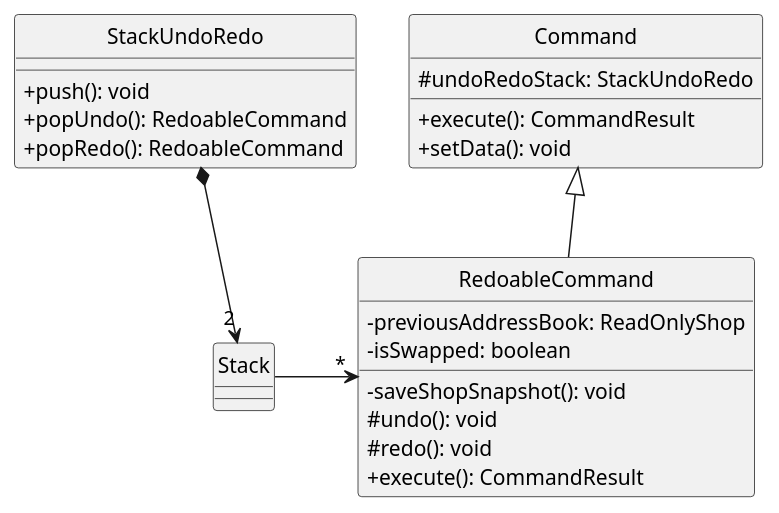
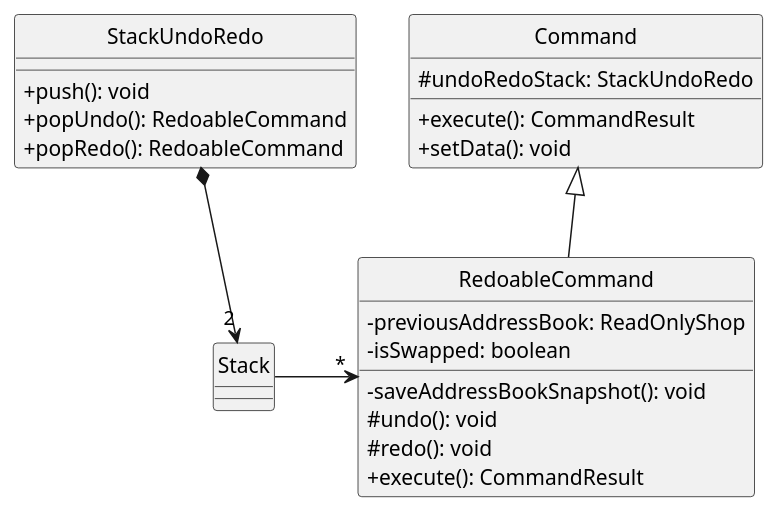
Before and after one commit to nus-cs2103-AY2223S2/tp: the diagram in docs/diagrams/UndoRedo0.puml, drawn with PlantUML.

Commit message:
Update to ReadOnlyShop

```diff
--- a/docs/diagrams/UndoRedo0.puml
+++ b/docs/diagrams/UndoRedo0.puml
@@ -1,38 +1,38 @@
 @startuml
 hide circle
 skinparam classAttributeIconSize 0
 
 Command <|-- RedoableCommand
 StackUndoRedo *--> "2" Stack
 RedoableCommand "*" <-left-  Stack
 class Command {
   # undoRedoStack: StackUndoRedo
   + execute(): CommandResult
   + setData(): void
 }
 
 
 
 class RedoableCommand
  {
    - previousAddressBook: ReadOnlyShop
    - isSwapped: boolean
-   - saveShopSnapshot(): void
+   - saveAddressBookSnapshot(): void
    # undo(): void
    # redo(): void
    + execute(): CommandResult
 }
 
 class StackUndoRedo {
     + push(): void
     + popUndo(): RedoableCommand
     + popRedo(): RedoableCommand
 }
 
 class Stack {
 }
 
 class Stack {
 
 }
 @enduml
```
